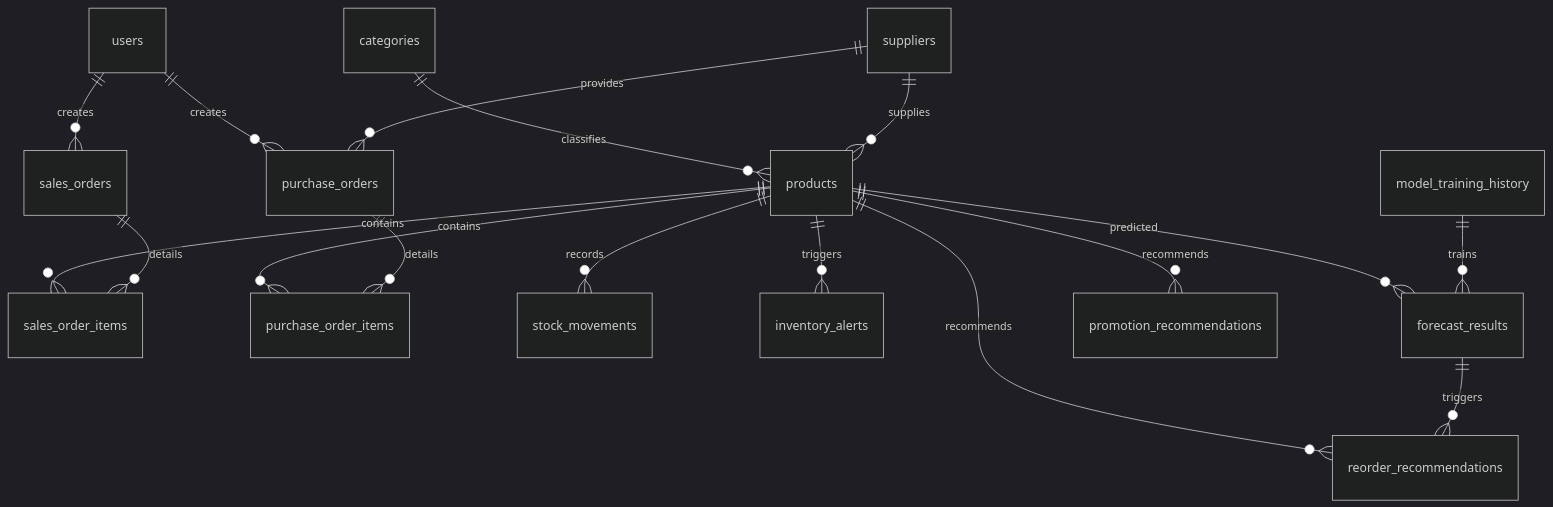
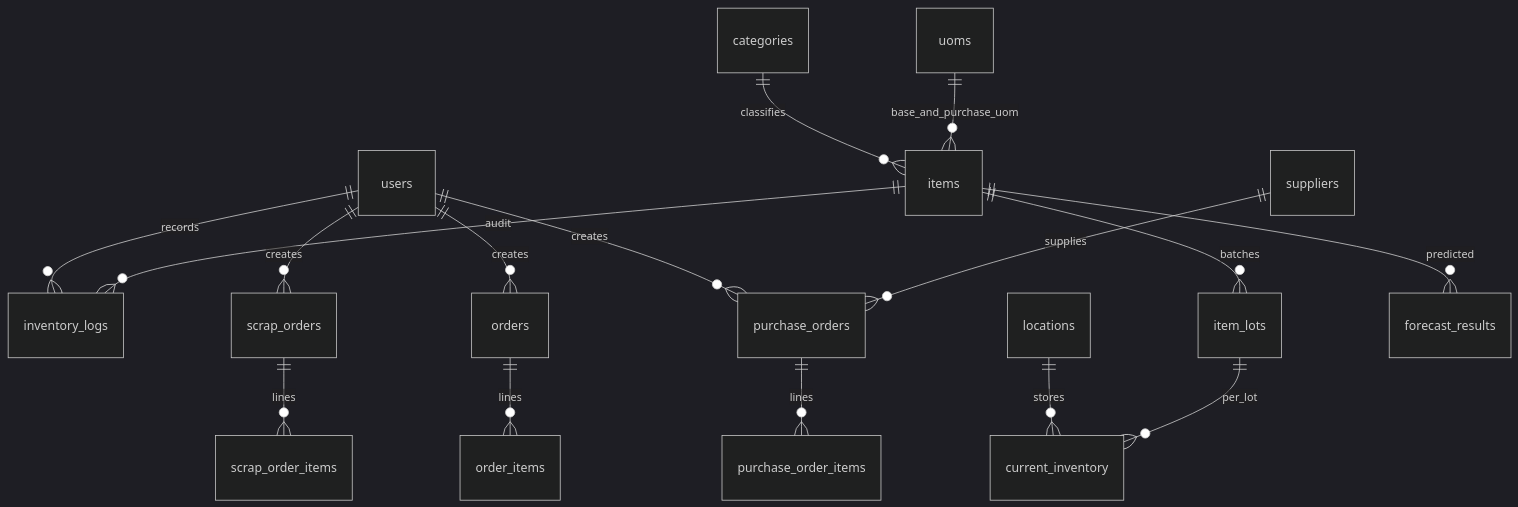
The diagram in docs/03-database-design.md (datnguyencoder/smartAI), drawn with Mermaid (dark theme) before and after one commit. The commit also changed other lines of this file and 217 other files, not shown here.

````diff
--- a/docs/03-database-design.md
+++ b/docs/03-database-design.md
@@ -9,19 +7,18 @@
 ```mermaid
 erDiagram
-    users ||--o{ sales_orders : creates
+    users ||--o{ inventory_logs : records
     users ||--o{ purchase_orders : creates
-    categories ||--o{ products : classifies
-    suppliers ||--o{ products : supplies
-    suppliers ||--o{ purchase_orders : provides
-    products ||--o{ sales_order_items : contains
-    products ||--o{ purchase_order_items : contains
-    products ||--o{ stock_movements : records
-    products ||--o{ inventory_alerts : triggers
-    products ||--o{ forecast_results : predicted
-    products ||--o{ reorder_recommendations : recommends
-    products ||--o{ promotion_recommendations : recommends
-    sales_orders ||--o{ sales_order_items : details
-    purchase_orders ||--o{ purchase_order_items : details
-    model_training_history ||--o{ forecast_results : trains
-    forecast_results ||--o{ reorder_recommendations : triggers
+    users ||--o{ orders : creates
+    users ||--o{ scrap_orders : creates
+    categories ||--o{ items : classifies
+    uoms ||--o{ items : base_and_purchase_uom
+    suppliers ||--o{ purchase_orders : supplies
+    locations ||--o{ current_inventory : stores
+    items ||--o{ item_lots : batches
+    item_lots ||--o{ current_inventory : per_lot
+    items ||--o{ inventory_logs : audit
+    purchase_orders ||--o{ purchase_order_items : lines
+    orders ||--o{ order_items : lines
+    scrap_orders ||--o{ scrap_order_items : lines
+    items ||--o{ forecast_results : predicted
 ```
````
